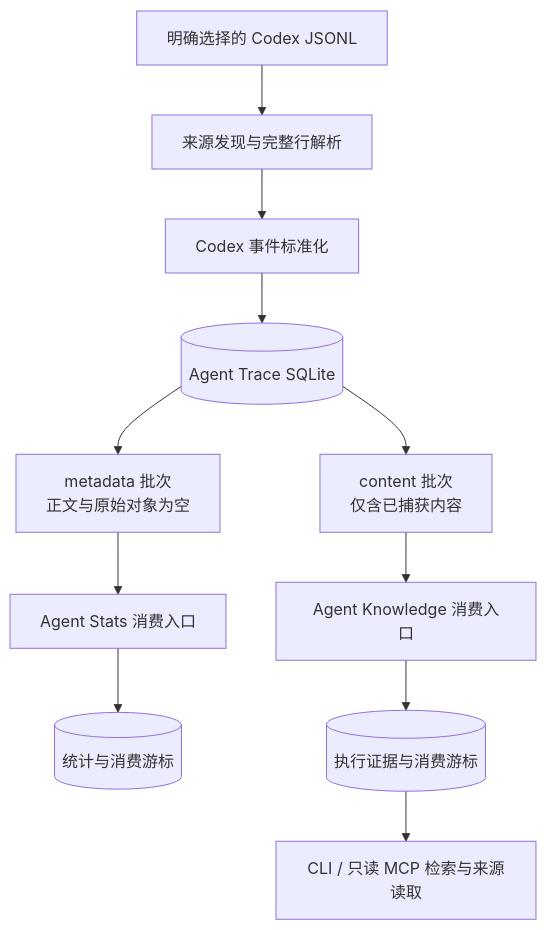
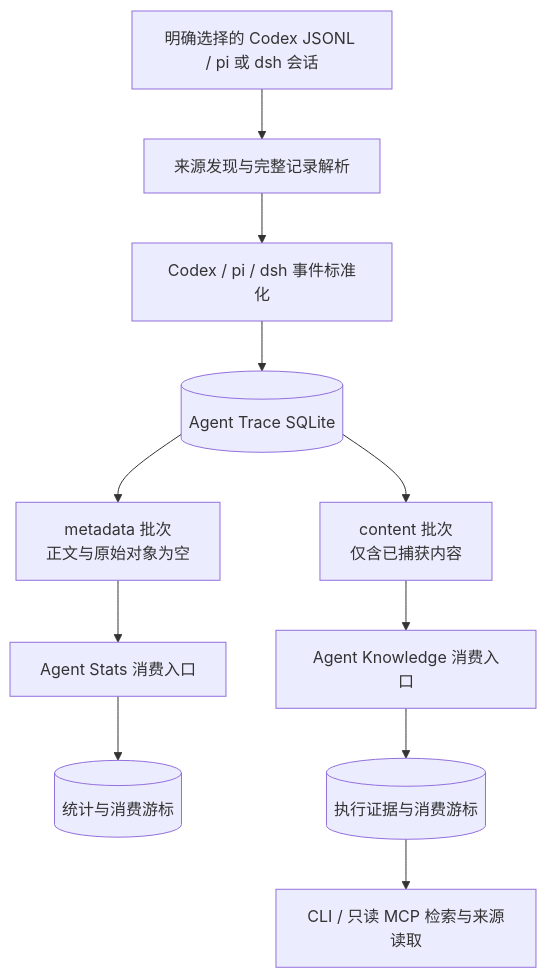
Before and after one commit to dixiaoshai/agent-trace: the diagram in docs/architecture.md, drawn with Mermaid. The commit also changed other lines of this file and 18 other files, not shown here.

````diff
--- a/docs/architecture.md
+++ b/docs/architecture.md
@@ -11,13 +11,13 @@
 ```mermaid
 flowchart TD
-    C[明确选择的 Codex JSONL] --> D[来源发现与完整行解析]
-    D --> N[Codex 事件标准化]
+    C[明确选择的 Codex JSONL / pi 或 dsh 会话] --> D[来源发现与完整记录解析]
+    D --> N[Codex / pi / dsh 事件标准化]
     N --> S[(Agent Trace SQLite)]
     S --> M[metadata 批次<br/>正文与原始对象为空]
     S --> B[content 批次<br/>仅含已捕获内容]
     M --> A[Agent Stats 消费入口]
     A --> AS[(统计与消费游标)]
     B --> K[Agent Knowledge 消费入口]
     K --> KS[(执行证据与消费游标)]
     KS --> Q[CLI / 只读 MCP 检索与来源读取]
 ```
````
